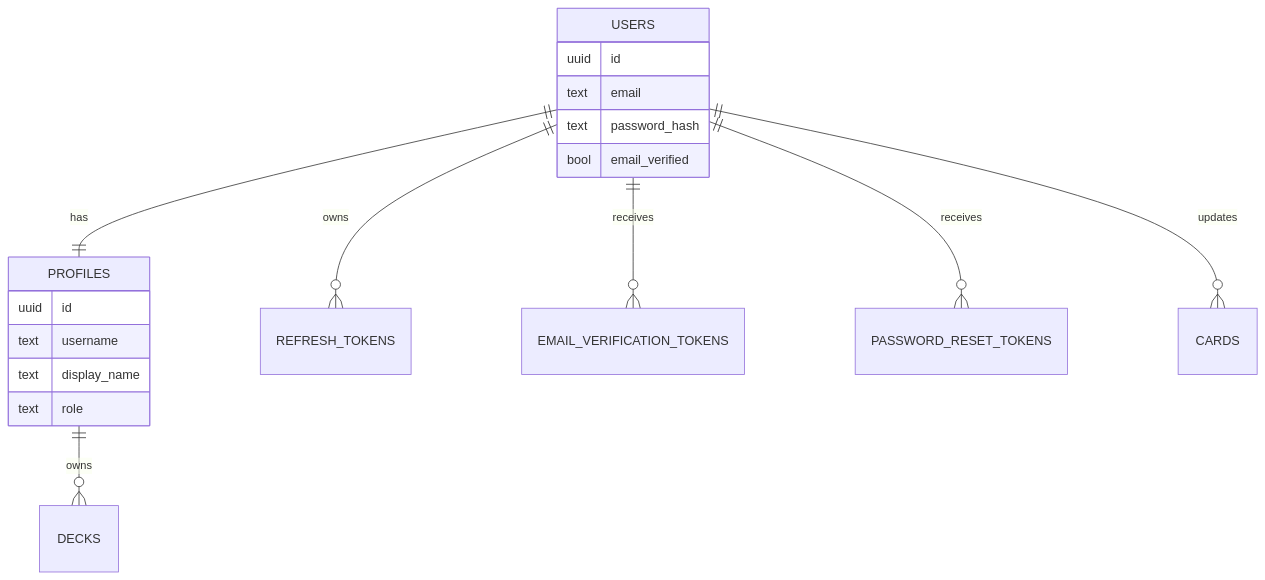
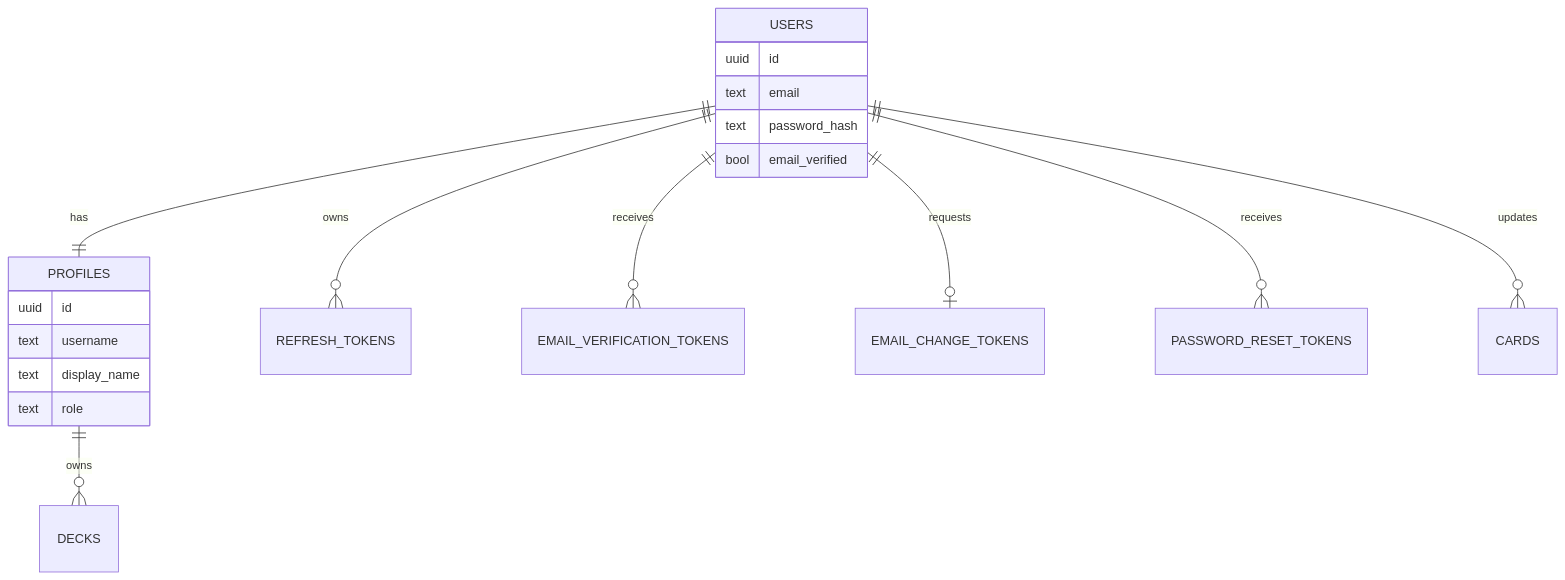
The eighth of 9 diagrams in docs/system-design.md (catmeow123456/loveca-dev), drawn with Mermaid before and after one commit. The commit also changed other lines of this file and 21 other files, not shown here.

````diff
--- a/docs/system-design.md
+++ b/docs/system-design.md
@@ -412,22 +414,23 @@
 ```mermaid
 erDiagram
     USERS ||--|| PROFILES : has
     USERS ||--o{ REFRESH_TOKENS : owns
     USERS ||--o{ EMAIL_VERIFICATION_TOKENS : receives
+    USERS ||--o| EMAIL_CHANGE_TOKENS : requests
     USERS ||--o{ PASSWORD_RESET_TOKENS : receives
     PROFILES ||--o{ DECKS : owns
     USERS ||--o{ CARDS : updates
 
     USERS {
       uuid id
       text email
       text password_hash
       bool email_verified
     }
     PROFILES {
       uuid id
       text username
       text display_name
       text role
     }
 ```
````
